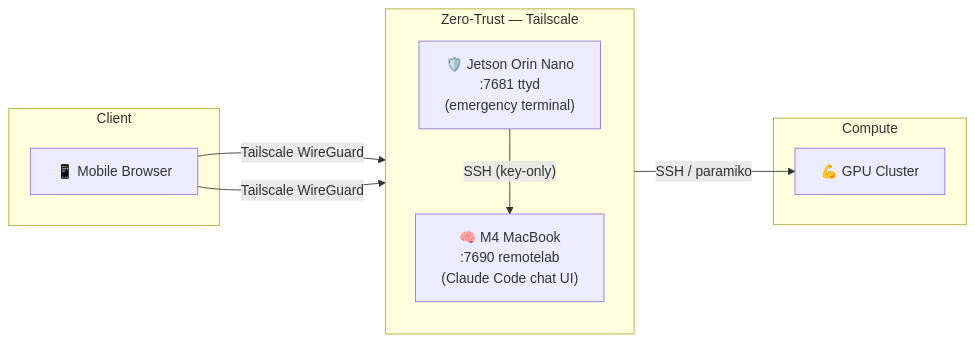
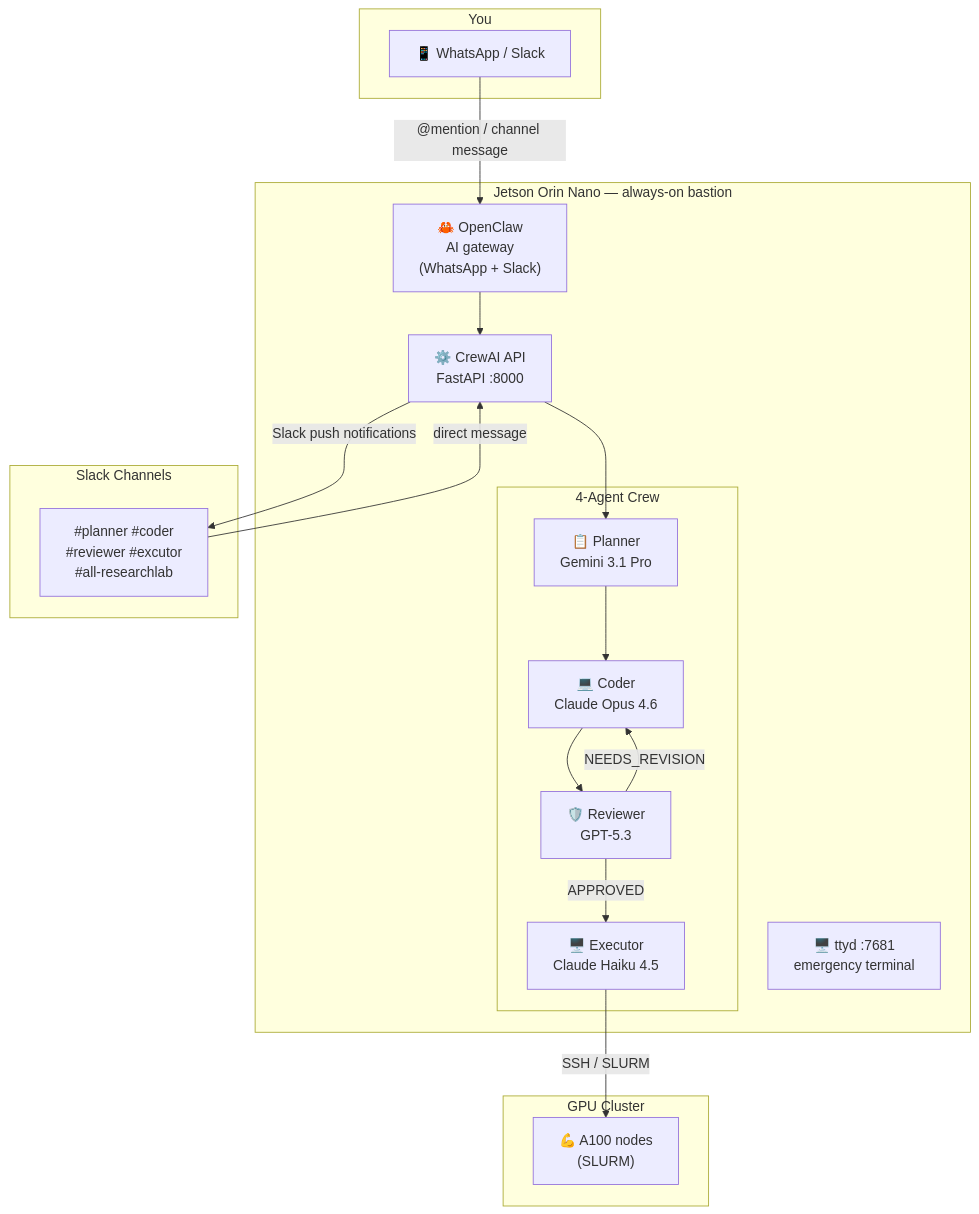
The diagram in README.md (CyperPan/remote_research), drawn with Mermaid before and after one commit. The commit also changed other lines of this file, not shown here.

````diff
--- a/README.md
+++ b/README.md
@@ -8,19 +13,34 @@
 ```mermaid
-flowchart LR
-    subgraph client [Client]
-        Phone["📱 Mobile Browser"]
-    end
-    subgraph ztna [Zero-Trust — Tailscale]
-        direction TB
-        Jetson["🛡️ Jetson Orin Nano\n:7681 ttyd\n(emergency terminal)"]
-        Mac["🧠 M4 MacBook\n:7690 remotelab\n(Claude Code chat UI)"]
-    end
-    subgraph compute [Compute]
-        GPU["💪 GPU Cluster"]
+flowchart TD
+    subgraph client [You]
+        WA["📱 WhatsApp / Slack"]
     end
 
-    Phone -->|"Tailscale WireGuard"| Jetson
-    Phone -->|"Tailscale WireGuard"| Mac
-    Jetson -->|"SSH (key-only)"| Mac
-    Mac    -->|"SSH / paramiko"| GPU
+    subgraph jetson [Jetson Orin Nano — always-on bastion]
+        OC["🦀 OpenClaw\nAI gateway\n(WhatsApp + Slack)"]
+        API["⚙️ CrewAI API\nFastAPI :8000"]
+        subgraph crew [4-Agent Crew]
+            P["📋 Planner\nGemini 3.1 Pro"]
+            C["💻 Coder\nClaude Opus 4.6"]
+            R["🛡️ Reviewer\nGPT-5.3"]
+            E["🖥️ Executor\nClaude Haiku 4.5"]
+        end
+        TTYD["🖥️ ttyd :7681\nemergency terminal"]
+    end
+
+    subgraph slack_channels [Slack Channels]
+        CH["#planner  #coder\n#reviewer  #excutor\n#all-researchlab"]
+    end
+
+    subgraph hpc [GPU Cluster]
+        GPU["💪 A100 nodes\n(SLURM)"]
+    end
+
+    WA -->|"@mention / channel message"| OC
+    OC --> API
+    API --> P --> C --> R -->|"APPROVED"| E
+    R -->|"NEEDS_REVISION"| C
+    E -->|"SSH / SLURM"| GPU
+    API -->|"Slack push notifications"| CH
+    CH -->|"direct message"| API
 ```
````
